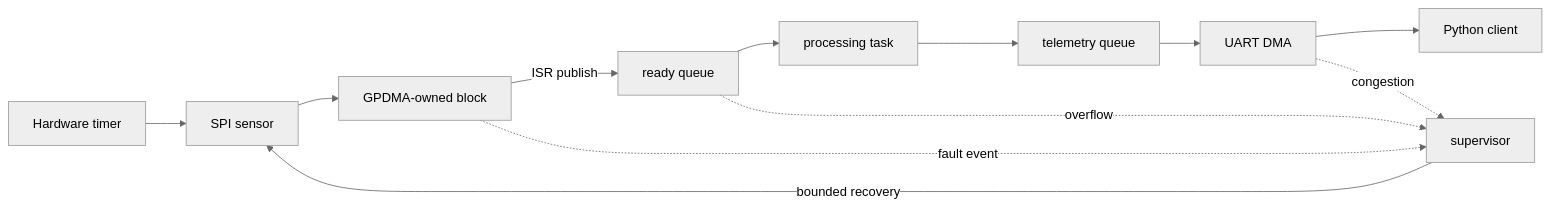
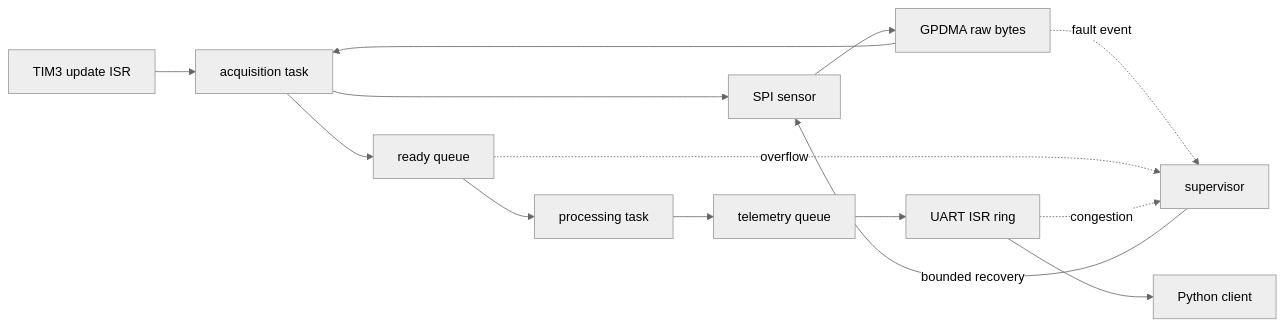
Before and after one commit to lee-cheng-han/real-time-embedded-acquisition-platform: the second of 2 diagrams in docs/architecture.md, drawn with Mermaid (neutral theme). The commit also changed other lines of this file and 43 other files, not shown here.

Commit message:
Add live control and hardware acquisition backend

````diff
--- a/docs/architecture.md
+++ b/docs/architecture.md
@@ -84,14 +85,16 @@
 ```mermaid
 flowchart LR
-    T[Hardware timer] --> S[SPI sensor]
-    S --> D[GPDMA-owned block]
-    D -->|ISR publish| R[ready queue]
+    T[TIM3 update ISR] --> A[acquisition task]
+    A --> S[SPI sensor]
+    S --> D[GPDMA raw bytes]
+    D --> A
+    A --> R[ready queue]
     R --> P[processing task]
     P --> Q[telemetry queue]
-    Q --> U[UART DMA]
+    Q --> U[UART ISR ring]
     U --> H[Python client]
     D -. fault event .-> V[supervisor]
     R -. overflow .-> V
     U -. congestion .-> V
     V -->|bounded recovery| S
 ```
````
